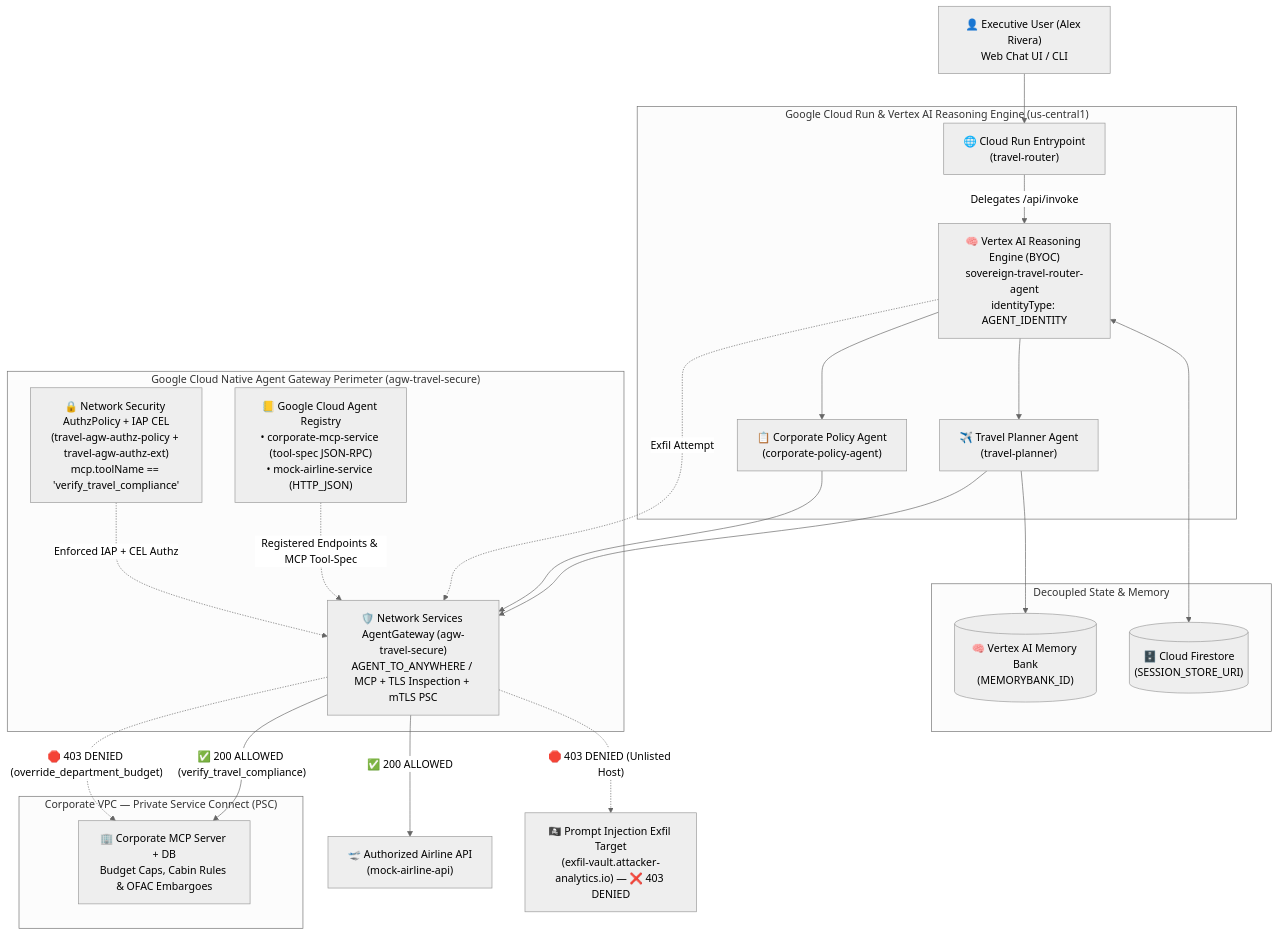
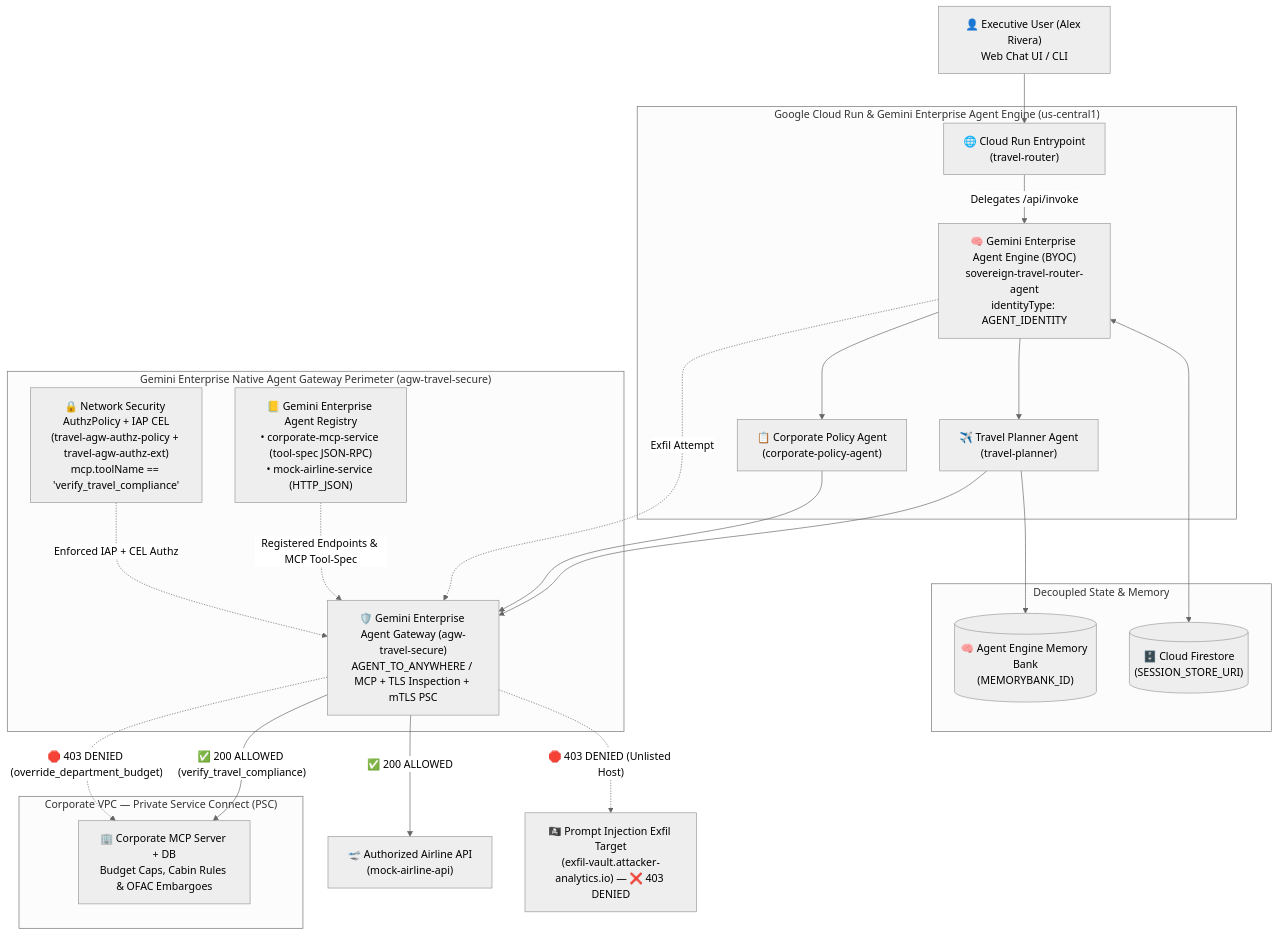
Before and after one commit to gchenry/sovereign-travel-agent: the diagram in README.md, drawn with Mermaid (neutral theme). The commit also changed other lines of this file and 5 other files, not shown here.

Commit message:
Rename Vertex AI and Reasoning Engine to Gemini Enterprise and Agent Engine across docs and scripts

````diff
--- a/README.md
+++ b/README.md
@@ -24,45 +24,45 @@
 ```mermaid
 flowchart TB
     User["👤 Executive User (Alex Rivera)<br/>Web Chat UI / CLI"]
 
-    subgraph CloudRun["Google Cloud Run & Vertex AI Reasoning Engine (us-central1)"]
+    subgraph CloudRun["Google Cloud Run & Gemini Enterprise Agent Engine (us-central1)"]
         RouterCR["🌐 Cloud Run Entrypoint<br/>(travel-router)"]
-        RE["🧠 Vertex AI Reasoning Engine (BYOC)<br/>sovereign-travel-router-agent<br/>identityType: AGENT_IDENTITY"]
+        RE["🧠 Gemini Enterprise Agent Engine (BYOC)<br/>sovereign-travel-router-agent<br/>identityType: AGENT_IDENTITY"]
         Planner["✈️ Travel Planner Agent<br/>(travel-planner)"]
         Policy["📋 Corporate Policy Agent<br/>(corporate-policy-agent)"]
     end
 
     subgraph StateLayer["Decoupled State & Memory"]
-        MemBank[("🧠 Vertex AI Memory Bank<br/>(MEMORYBANK_ID)")]
+        MemBank[("🧠 Agent Engine Memory Bank<br/>(MEMORYBANK_ID)")]
         SessionDB[("🗄️ Cloud Firestore<br/>(SESSION_STORE_URI)")]
     end
 
-    subgraph GCPGovernance["Google Cloud Native Agent Gateway Perimeter (agw-travel-secure)"]
-        AGW["🛡️ Network Services AgentGateway (agw-travel-secure)<br/>AGENT_TO_ANYWHERE / MCP + TLS Inspection + mTLS PSC"]
-        Registry["📒 Google Cloud Agent Registry<br/>• corporate-mcp-service (tool-spec JSON-RPC)<br/>• mock-airline-service (HTTP_JSON)"]
+    subgraph GCPGovernance["Gemini Enterprise Native Agent Gateway Perimeter (agw-travel-secure)"]
+        AGW["🛡️ Gemini Enterprise Agent Gateway (agw-travel-secure)<br/>AGENT_TO_ANYWHERE / MCP + TLS Inspection + mTLS PSC"]
+        Registry["📒 Gemini Enterprise Agent Registry<br/>• corporate-mcp-service (tool-spec JSON-RPC)<br/>• mock-airline-service (HTTP_JSON)"]
         Authz["🔒 Network Security AuthzPolicy + IAP CEL<br/>(travel-agw-authz-policy + travel-agw-authz-ext)<br/>mcp.toolName == 'verify_travel_compliance'"]
     end
 
     subgraph CorpVPC["Corporate VPC — Private Service Connect (PSC)"]
         MCP["🏢 Corporate MCP Server + DB<br/>Budget Caps, Cabin Rules & OFAC Embargoes"]
     end
 
     AirlineAPI["🛫 Authorized Airline API<br/>(mock-airline-api)"]
     Attacker["🏴‍☠️ Prompt Injection Exfil Target<br/>(exfil-vault.attacker-analytics.io) — ❌ 403 DENIED"]
 
     User --> RouterCR
     RouterCR -->|"Delegates /api/invoke"| RE
     RE <--> SessionDB
     RE --> Planner
     RE --> Policy
     Planner --> MemBank
     Planner --> AGW
     Policy --> AGW
     RE -.->|"Exfil Attempt"| AGW
     Registry -.->|"Registered Endpoints & MCP Tool-Spec"| AGW
     Authz -.->|"Enforced IAP + CEL Authz"| AGW
     AGW -->|"✅ 200 ALLOWED"| AirlineAPI
     AGW -->|"✅ 200 ALLOWED (verify_travel_compliance)"| MCP
     AGW -.->|"🛑 403 DENIED (override_department_budget)"| MCP
     AGW -.->|"🛑 403 DENIED (Unlisted Host)"| Attacker
 ```
````
